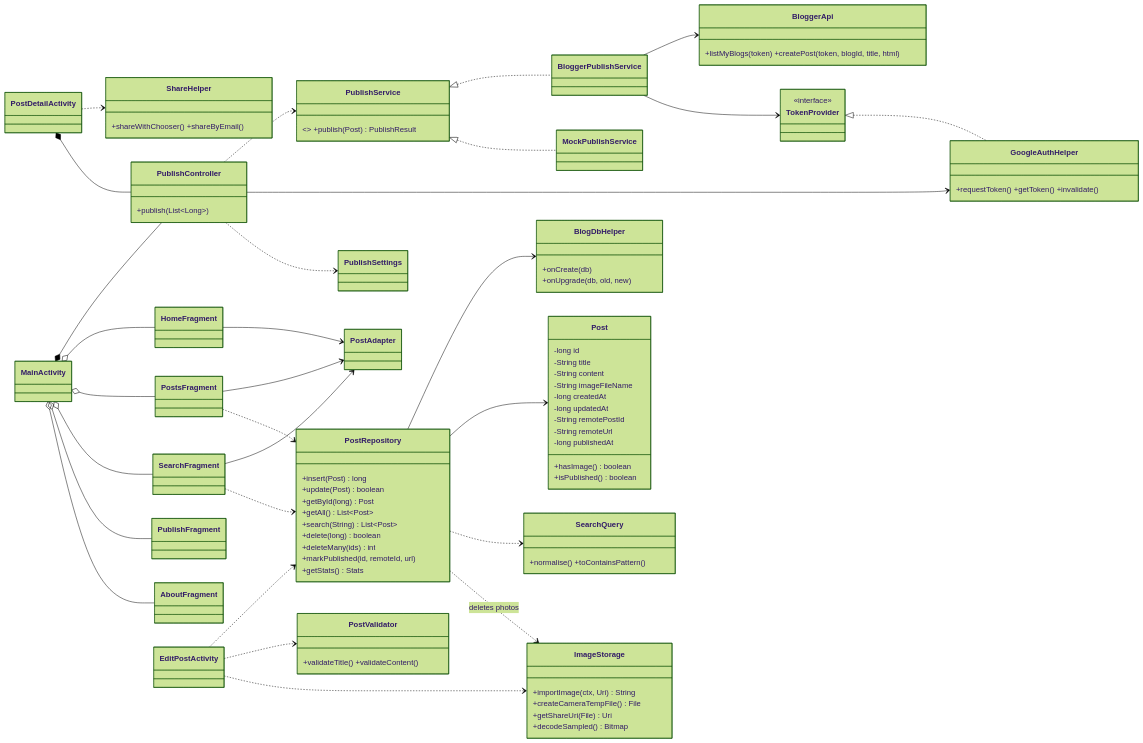
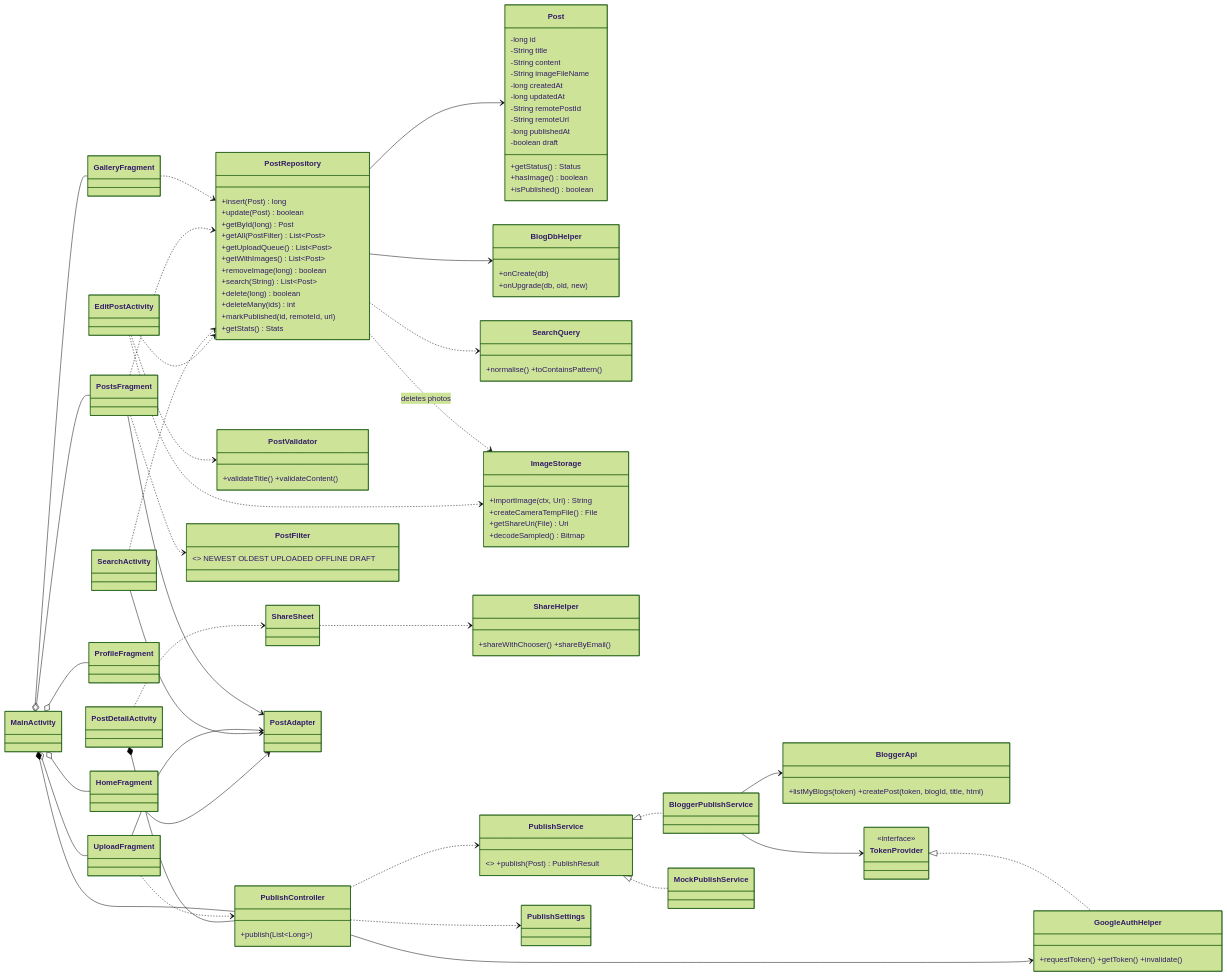
Before and after one commit to DilmiRathnayake/secure-blog-app-android: the second of 5 diagrams in docs/DESIGN.md, drawn with Mermaid (forest theme). The commit also changed other lines of this file and 170 other files, not shown here.

First line of the commit message:
Redesign as ConnectHub: premium Material 3 UI, drafts, upload queue, gallery, profile

```diff
--- a/docs/DESIGN.md
+++ b/docs/DESIGN.md
@@ -44,6 +46,8 @@
         -String remotePostId
         -String remoteUrl
         -long publishedAt
+        -boolean draft
+        +getStatus() Status
         +hasImage() boolean
         +isPublished() boolean
     }
@@ -55,7 +59,10 @@
         +insert(Post) long
         +update(Post) boolean
         +getById(long) Post
-        +getAll() List~Post~
+        +getAll(PostFilter) List~Post~
+        +getUploadQueue() List~Post~
+        +getWithImages() List~Post~
+        +removeImage(long) boolean
         +search(String) List~Post~
         +delete(long) boolean
         +deleteMany(ids) int
@@ -80,12 +87,15 @@
     class TokenProvider { <<interface>> }
     class PublishSettings
 
+    class PostFilter { <<enum>> NEWEST OLDEST UPLOADED OFFLINE DRAFT }
     class MainActivity
     class HomeFragment
     class PostsFragment
-    class SearchFragment
-    class PublishFragment
-    class AboutFragment
+    class UploadFragment
+    class GalleryFragment
+    class ProfileFragment
+    class SearchActivity
+    class ShareSheet
     class PostDetailActivity
     class EditPostActivity
     class PostAdapter
@@ -97,18 +107,23 @@
     MainActivity *-- PublishController
     MainActivity o-- HomeFragment
     MainActivity o-- PostsFragment
-    MainActivity o-- SearchFragment
-    MainActivity o-- PublishFragment
-    MainActivity o-- AboutFragment
+    MainActivity o-- UploadFragment
+    MainActivity o-- GalleryFragment
+    MainActivity o-- ProfileFragment
     PostsFragment --> PostAdapter
-    SearchFragment --> PostAdapter
+    UploadFragment --> PostAdapter
+    SearchActivity --> PostAdapter
+    PostsFragment ..> PostFilter
+    UploadFragment ..> PublishController
+    GalleryFragment ..> PostRepository
+    PostDetailActivity ..> ShareSheet
+    ShareSheet ..> ShareHelper
     HomeFragment --> PostAdapter
     PostsFragment ..> PostRepository
-    SearchFragment ..> PostRepository
+    SearchActivity ..> PostRepository
     EditPostActivity ..> PostRepository
     EditPostActivity ..> PostValidator
     EditPostActivity ..> ImageStorage
-    PostDetailActivity ..> ShareHelper
     PostDetailActivity *-- PublishController
     PublishController ..> PublishService
     PublishService <|.. BloggerPublishService
```
